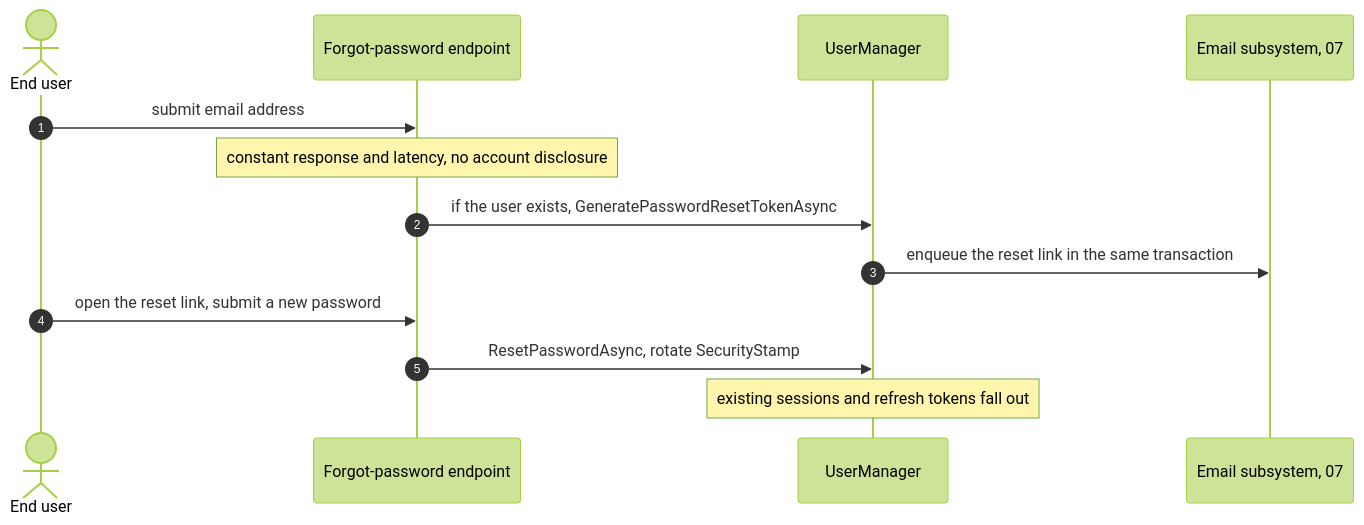
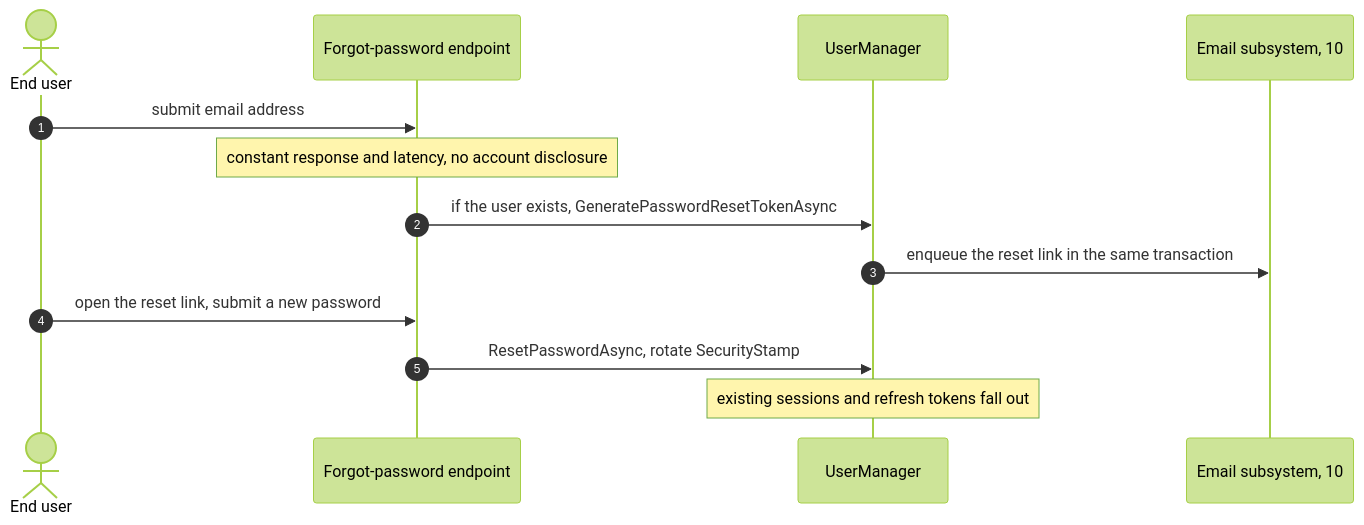
Before and after one commit to namphuongtran/nami: the sixth of 8 diagrams in docs/design/08-user-management.md, drawn with Mermaid (forest theme). The commit also changed other lines of this file, not shown here.

````diff
--- a/docs/design/08-user-management.md
+++ b/docs/design/08-user-management.md
@@ -348,15 +330,15 @@
 ```mermaid
 sequenceDiagram
   autonumber
   actor U as End user
   participant F as Forgot-password endpoint
   participant UM as UserManager
-  participant E as Email subsystem, 07
+  participant E as Email subsystem, 10
   U->>F: submit email address
   Note over F: constant response and latency, no account disclosure
   F->>UM: if the user exists, GeneratePasswordResetTokenAsync
   UM->>E: enqueue the reset link in the same transaction
   U->>F: open the reset link, submit a new password
   F->>UM: ResetPasswordAsync, rotate SecurityStamp
   Note over UM: existing sessions and refresh tokens fall out
 ```
````
